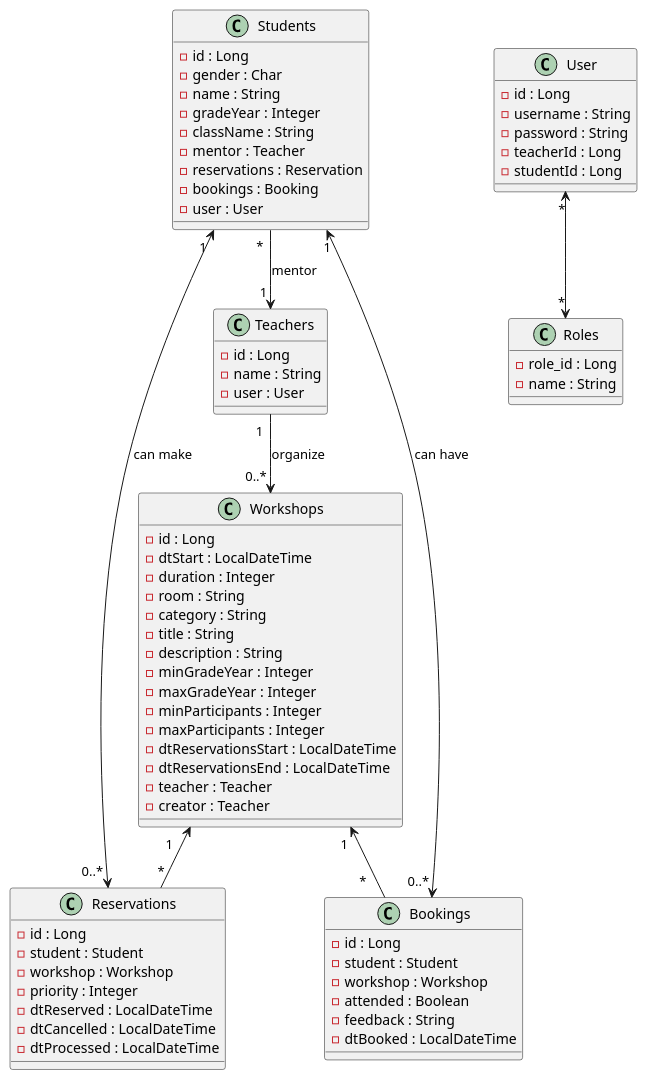
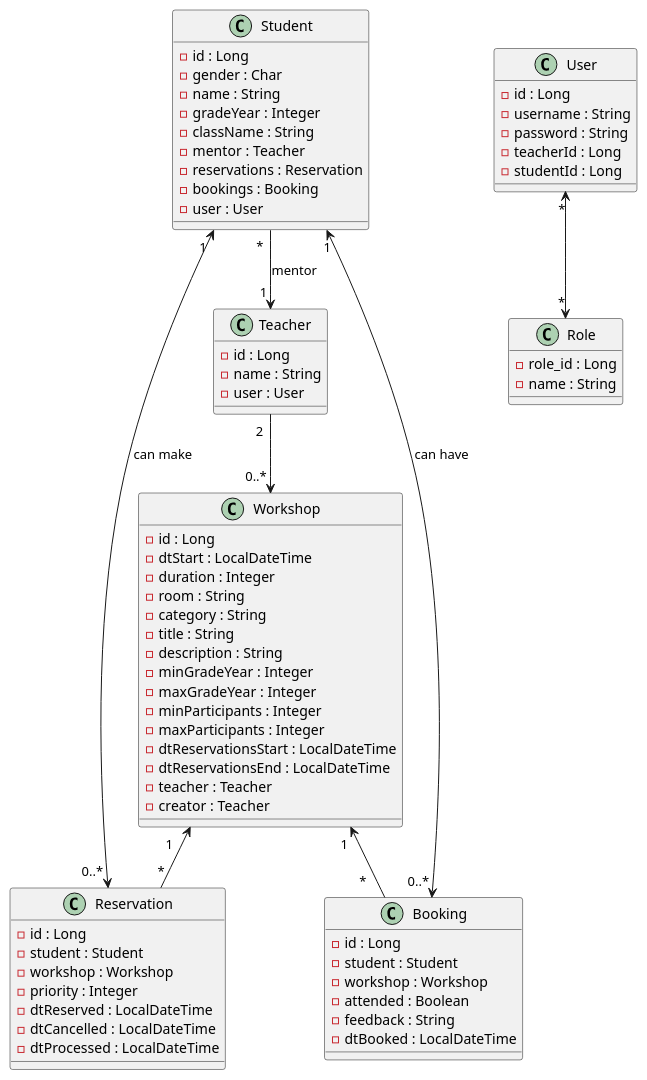
One commit to sprksld/eindopdracht-briansporkslede-novi-bootcamp-backend changed the diagram in class-diagram.puml. Above: the diagram before and after it, drawn with PlantUML. The commit also changed 9 other files, not shown here.

```diff
--- a/class-diagram.puml
+++ b/class-diagram.puml
@@ -1,81 +1,81 @@
 @startuml
 'https://plantuml.com/class-diagram
 
-class Teachers {
+class Teacher {
 - id : Long
 - name : String
 - user : User
 }
 
-class Workshops {
+class Workshop {
 - id : Long
 - dtStart : LocalDateTime
 - duration : Integer
 - room : String
 - category : String
 - title : String
 - description : String
 - minGradeYear : Integer
 - maxGradeYear : Integer
 - minParticipants : Integer
 - maxParticipants : Integer
 - dtReservationsStart : LocalDateTime
 - dtReservationsEnd : LocalDateTime
 - teacher : Teacher
 - creator : Teacher
 }
 
-class Students {
+class Student {
 - id : Long
 - gender : Char
 - name : String
 - gradeYear : Integer
 - className : String
 - mentor : Teacher
 - reservations : Reservation
 - bookings : Booking
 - user : User
 }
 
-class Reservations {
+class Reservation {
 - id : Long
 - student : Student
 - workshop : Workshop
 - priority : Integer
 - dtReserved : LocalDateTime
 - dtCancelled : LocalDateTime
 - dtProcessed : LocalDateTime
 }
 
-class Bookings {
+class Booking {
 - id : Long
 - student : Student
 - workshop : Workshop
 - attended : Boolean
 - feedback : String
 - dtBooked : LocalDateTime
 }
 
 class User {
 - id : Long
 - username : String
 - password : String
 - teacherId : Long
 - studentId : Long
 }
 
-class Roles {
+class Role {
 - role_id : Long
 - name : String
 }
 
-Teachers " 1  " --> " 0..* " Workshops : organize
-Students " *  " --> "1 " Teachers : mentor
-Students " 1 " <---> " 0..* " Reservations : can make
-Students " 1" <---> "0..* " Bookings : can have
+Teacher " 2  " --> " 0..* " Workshop
+Student " *  " --> "1 " Teacher : mentor
+Student " 1 " <---> " 0..* " Reservation : can make
+Student " 1" <---> "0..* " Booking : can have
 
-Workshops " 1    " <-- " *" Reservations
-Workshops " 1  " <-- " *    " Bookings
+Workshop " 1    " <-- " *" Reservation
+Workshop " 1  " <-- " *    " Booking
 
-User "*" <--> "*" Roles
+User "*" <--> "*" Role
 @enduml
```
